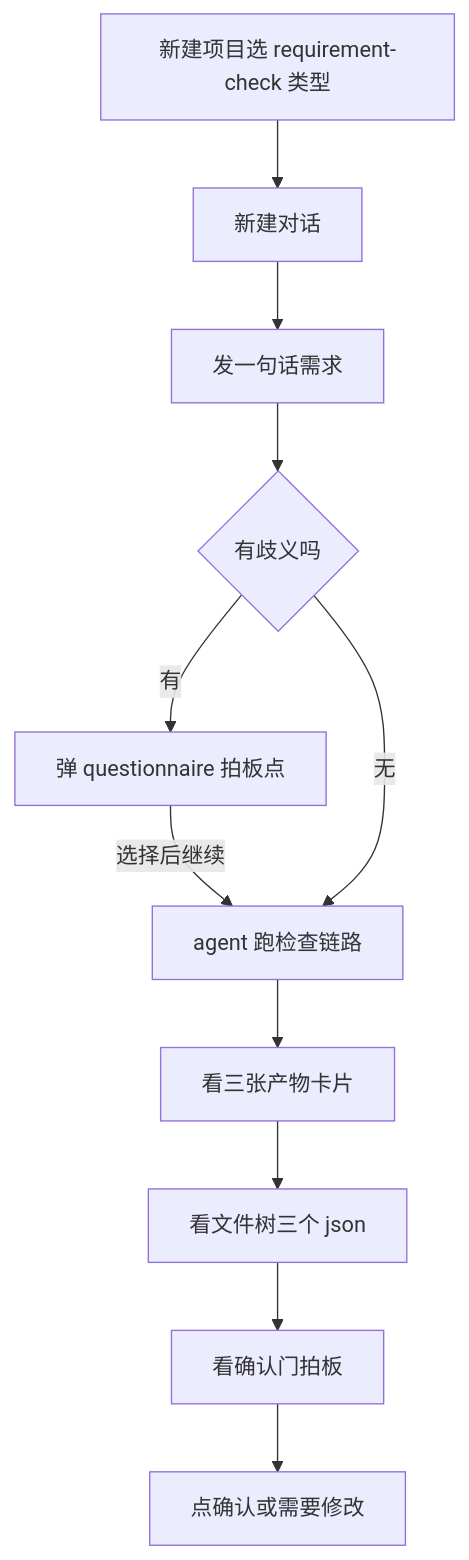
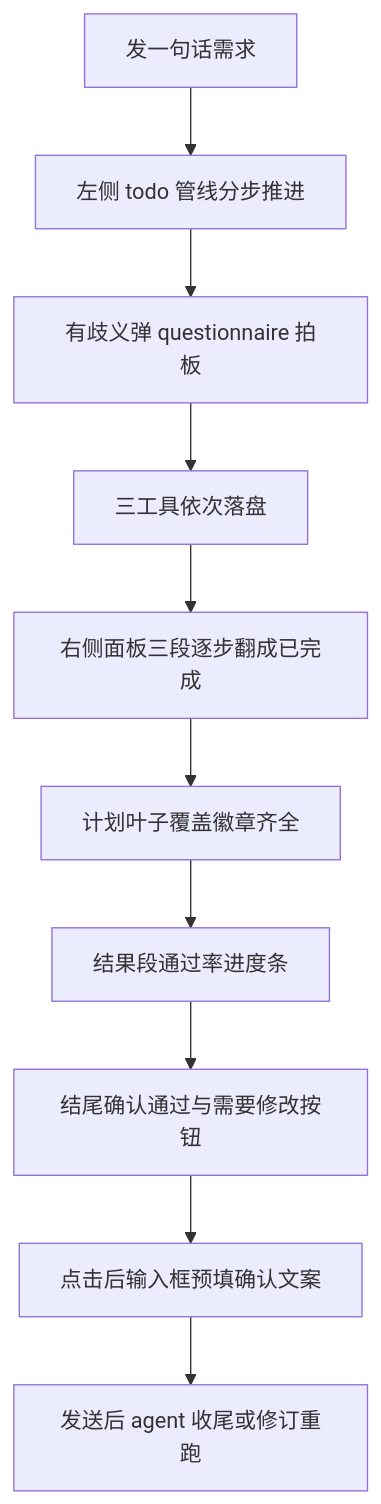
Before and after one commit to mickorz/game-workbench: the diagram in dev-docs/guides/需求检查工作区-手动测试指南.md, drawn with Mermaid. The commit also changed other lines of this file, not shown here.

````diff
--- a/dev-docs/guides/需求检查工作区-手动测试指南.md
+++ b/dev-docs/guides/需求检查工作区-手动测试指南.md
@@ -18,13 +60,12 @@
 ```mermaid
 flowchart TD
-    A[新建项目选 requirement-check 类型] --> B[新建对话]
-    B --> C[发一句话需求]
-    C --> D{有歧义吗}
-    D -- 有 --> E[弹 questionnaire 拍板点]
-    E -- 选择后继续 --> F[agent 跑检查链路]
-    D -- 无 --> F
-    F --> G[看三张产物卡片]
-    G --> H[看文件树三个 json]
-    H --> I[看确认门拍板]
-    I --> J[点确认或需要修改]
+    A[发一句话需求] --> B[左侧 todo 管线分步推进]
+    B --> C[有歧义弹 questionnaire 拍板]
+    C --> D[三工具依次落盘]
+    D --> E[右侧面板三段逐步翻成已完成]
+    E --> F[计划叶子覆盖徽章齐全]
+    F --> G[结果段通过率进度条]
+    G --> H[结尾确认通过与需要修改按钮]
+    H --> I[点击后输入框预填确认文案]
+    I --> J[发送后 agent 收尾或修订重跑]
 ```
````
